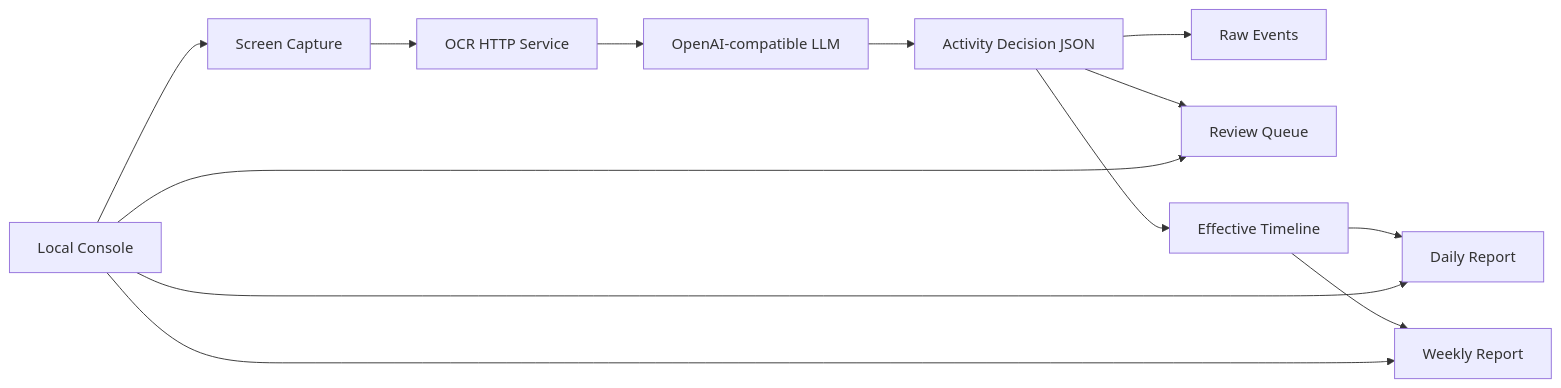
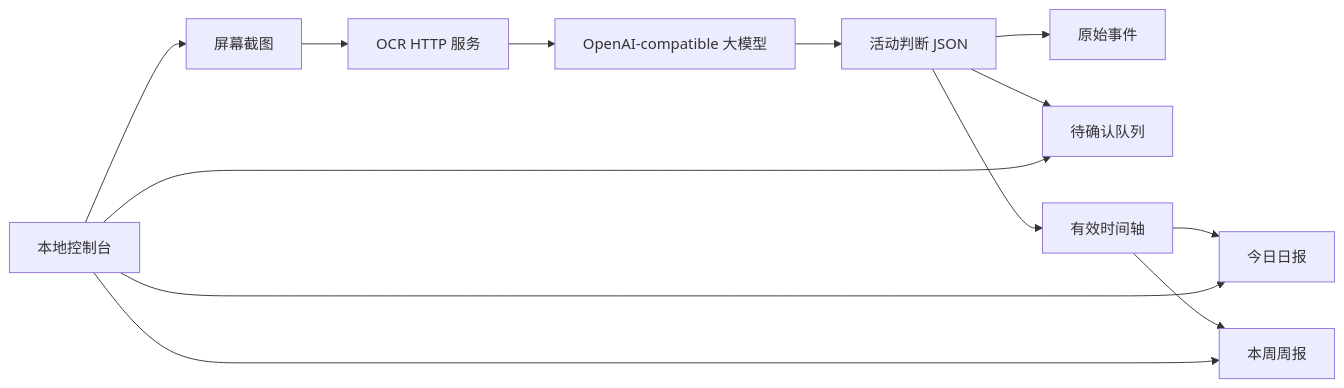
One commit to teachershuang/worktrace changed the diagram in README.md. Above: the diagram before and after it, drawn with Mermaid. The commit also changed other lines of this file, not shown here.

````diff
--- a/README.md
+++ b/README.md
@@ -46,15 +49,15 @@
 ```mermaid
 flowchart LR
-  A["Screen Capture"] --> B["OCR HTTP Service"]
-  B --> C["OpenAI-compatible LLM"]
-  C --> D["Activity Decision JSON"]
-  D --> E["Raw Events"]
-  D --> F["Review Queue"]
-  D --> G["Effective Timeline"]
-  G --> H["Daily Report"]
-  G --> I["Weekly Report"]
-  J["Local Console"] --> A
+  A["屏幕截图"] --> B["OCR HTTP 服务"]
+  B --> C["OpenAI-compatible 大模型"]
+  C --> D["活动判断 JSON"]
+  D --> E["原始事件"]
+  D --> F["待确认队列"]
+  D --> G["有效时间轴"]
+  G --> H["今日日报"]
+  G --> I["本周周报"]
+  J["本地控制台"] --> A
   J --> F
   J --> H
   J --> I
 ```
````
